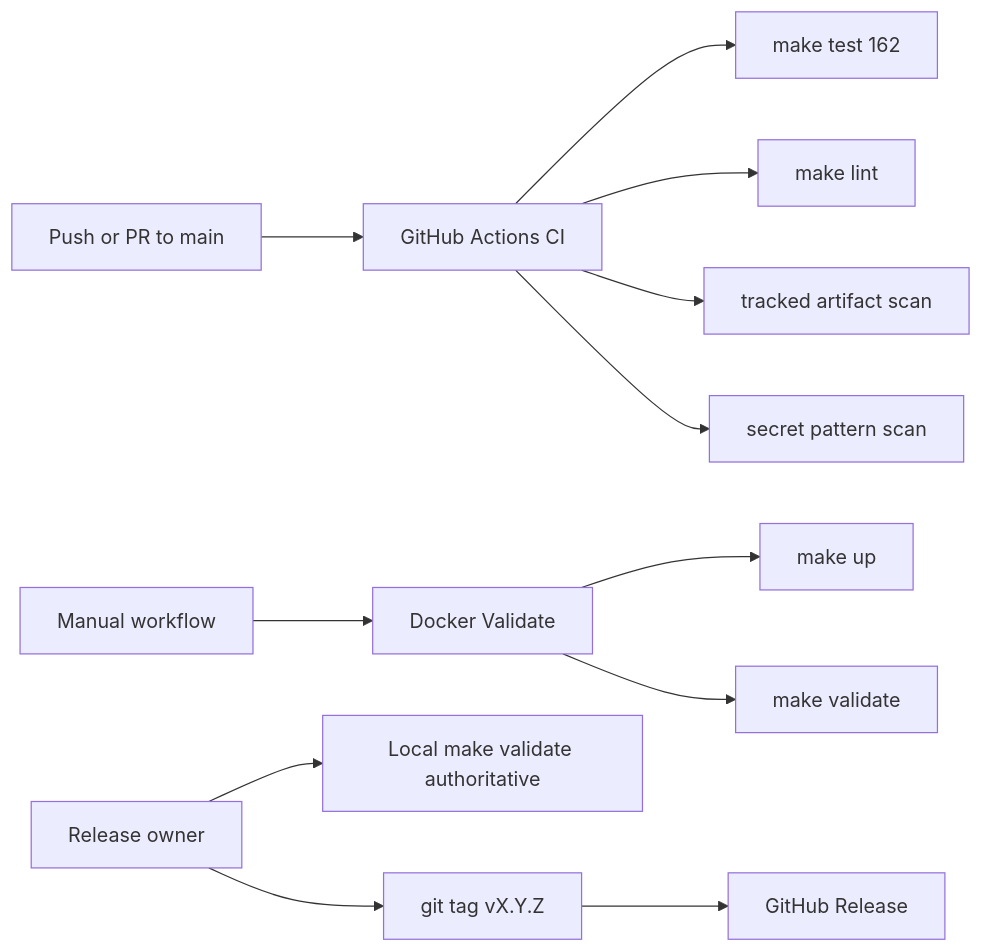
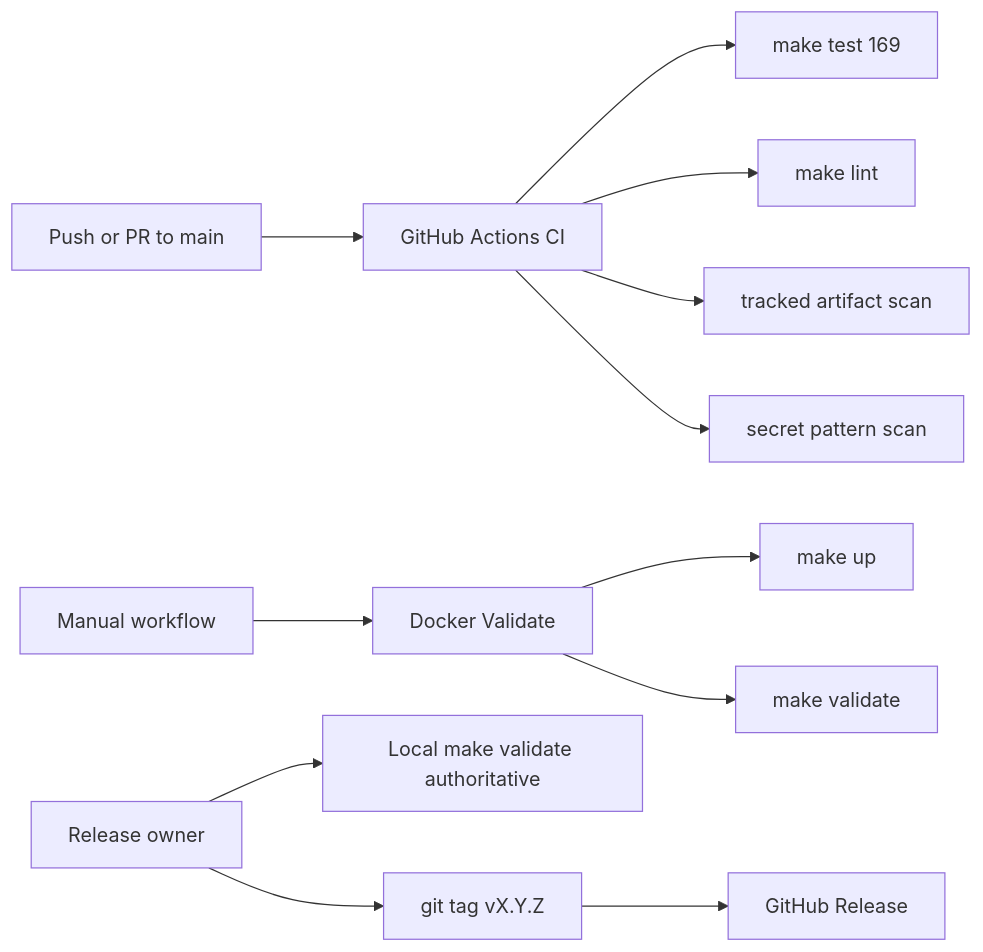
Before and after one commit to codethor0/boundary-layer: diagram 13 of 13 in docs/DIAGRAMS.md, drawn with Mermaid. The commit also changed other lines of this file and 25 other files, not shown here.

````diff
--- a/docs/DIAGRAMS.md
+++ b/docs/DIAGRAMS.md
@@ -252,16 +252,16 @@
 ```mermaid
 flowchart LR
     Push[Push or PR to main] --> GHA[GitHub Actions CI]
-    GHA --> Test[make test 162]
+    GHA --> Test[make test 169]
     GHA --> Lint[make lint]
     GHA --> Hygiene[tracked artifact scan]
     GHA --> Secret[secret pattern scan]
 
     Manual[Manual workflow] --> DockerVal[Docker Validate]
     DockerVal --> Up[make up]
     DockerVal --> Val[make validate]
 
     Release[Release owner] --> Local[Local make validate authoritative]
     Release --> Tag[git tag vX.Y.Z]
     Tag --> GHRel[GitHub Release]
 ```
````
